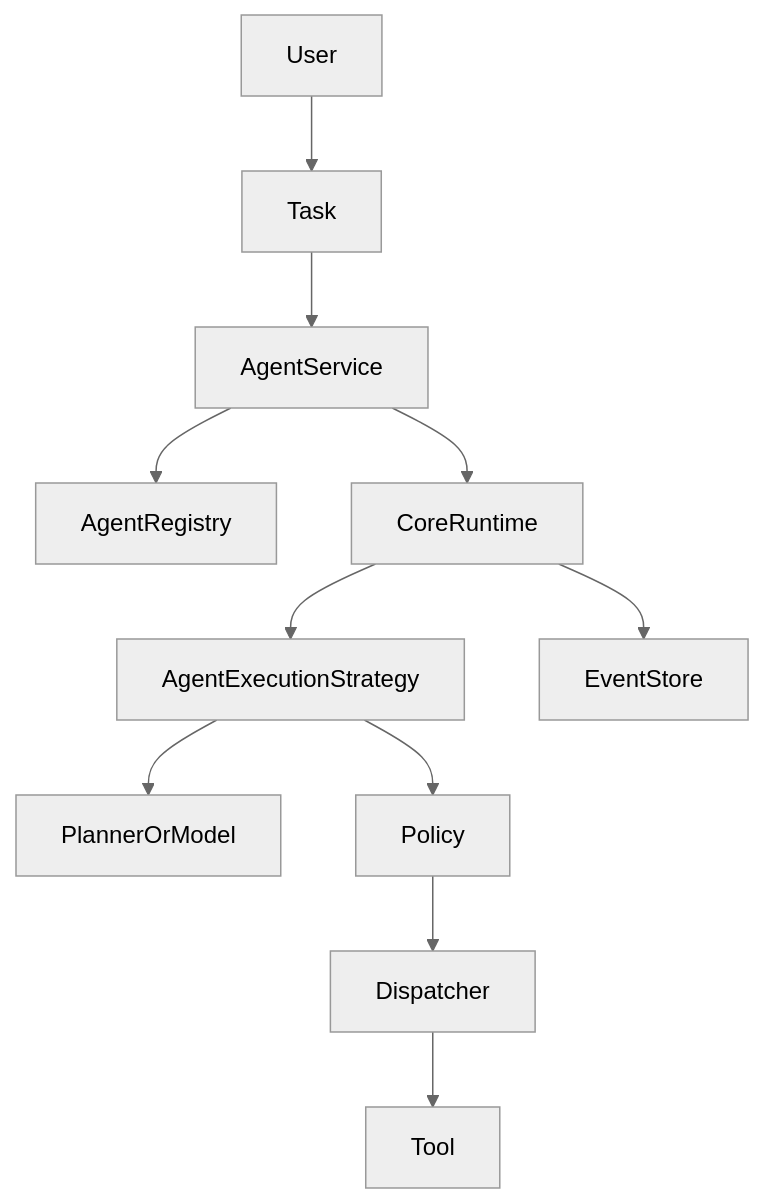
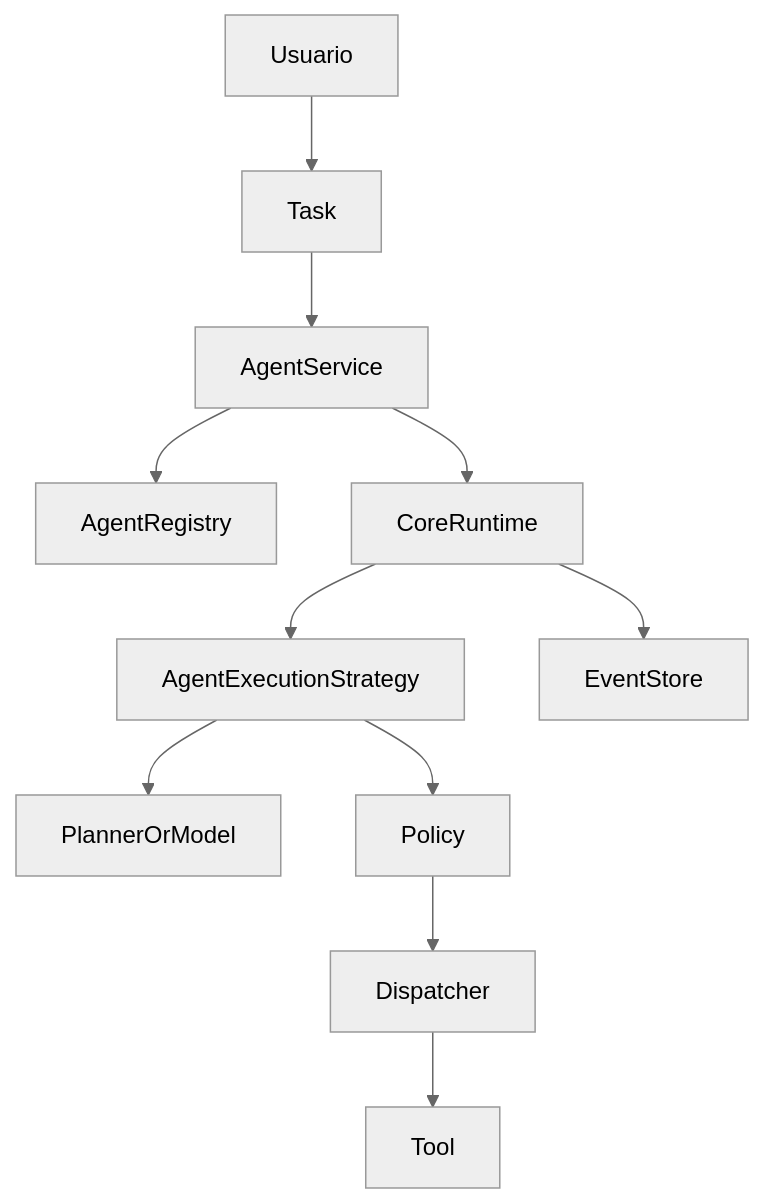
One commit to johangonzahenri/ai-operating-platform changed the diagram in docs/MULTI_AGENT_ARCHITECTURE.md. Above: the diagram before and after it, drawn with Mermaid (neutral theme). The commit also changed other lines of this file and 39 other files, not shown here.

````diff
--- a/docs/MULTI_AGENT_ARCHITECTURE.md
+++ b/docs/MULTI_AGENT_ARCHITECTURE.md
@@ -14,13 +9,13 @@
 ```mermaid
 flowchart TD
-  User --> Task
+  Usuario --> Task
   Task --> AgentService
   AgentService --> AgentRegistry
   AgentService --> CoreRuntime
   CoreRuntime --> AgentExecutionStrategy
   AgentExecutionStrategy --> PlannerOrModel
   AgentExecutionStrategy --> Policy
   Policy --> Dispatcher
   Dispatcher --> Tool
   CoreRuntime --> EventStore
 ```
````
